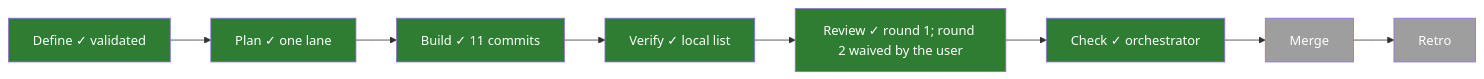
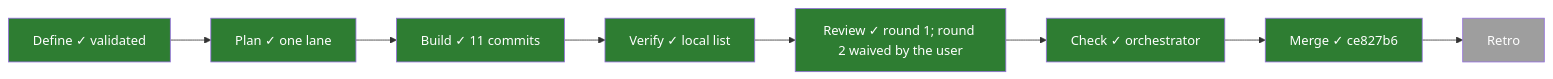
Before and after one commit to PaliCanon/search-front: the first of 2 diagrams in .task/021-app-fragment.md, drawn with Mermaid. The commit also changed other lines of this file, not shown here.

````diff
--- a/.task/021-app-fragment.md
+++ b/.task/021-app-fragment.md
@@ -12,7 +12,7 @@
 ```mermaid
 flowchart LR
-  Define["Define ✓ validated"]:::done --> Plan["Plan ✓ one lane"]:::done --> Build["Build ✓ 11 commits"]:::done --> Verify["Verify ✓ local list"]:::done --> Review["Review ✓ round 1; round 2 waived by the user"]:::done --> Check["Check ✓ orchestrator"]:::done --> Merge:::todo --> Retro:::todo
+  Define["Define ✓ validated"]:::done --> Plan["Plan ✓ one lane"]:::done --> Build["Build ✓ 11 commits"]:::done --> Verify["Verify ✓ local list"]:::done --> Review["Review ✓ round 1; round 2 waived by the user"]:::done --> Check["Check ✓ orchestrator"]:::done --> Merge["Merge ✓ ce827b6"]:::done --> Retro:::todo
   classDef doing fill:#f9a825,color:#000
   classDef done fill:#2e7d32,color:#fff
   classDef todo fill:#9e9e9e,color:#fff
 ```
````
